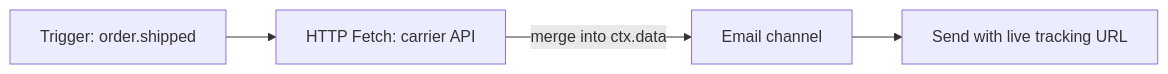
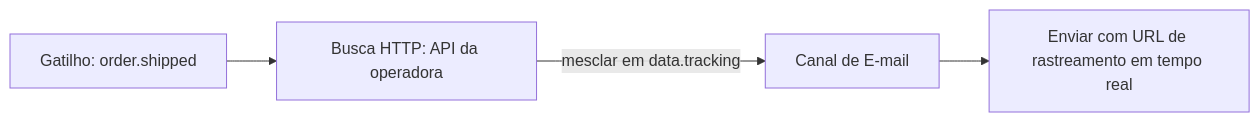
The diagram in content/docs/pt/platform/features/http-fetch-node.mdx (KriyanshKhunt/nexus_docs), drawn with Mermaid before and after one commit. The commit also changed other lines of this file and 31 other files, not shown here.

````diff
--- a/content/docs/pt/platform/features/http-fetch-node.mdx
+++ b/content/docs/pt/platform/features/http-fetch-node.mdx
@@ -12,6 +20,6 @@
 ```mermaid
 flowchart LR
-  T[Trigger: order.shipped] --> F[HTTP Fetch: carrier API]
-  F -->|merge into ctx.data| E[Email channel]
-  E --> Out[Send with live tracking URL]
+  T[Gatilho: order.shipped] --> F[Busca HTTP: API da operadora]
+  F -->|mesclar em data.tracking| E[Canal de E-mail]
+  E --> Out[Enviar com URL de rastreamento em tempo real]
 ```
````
